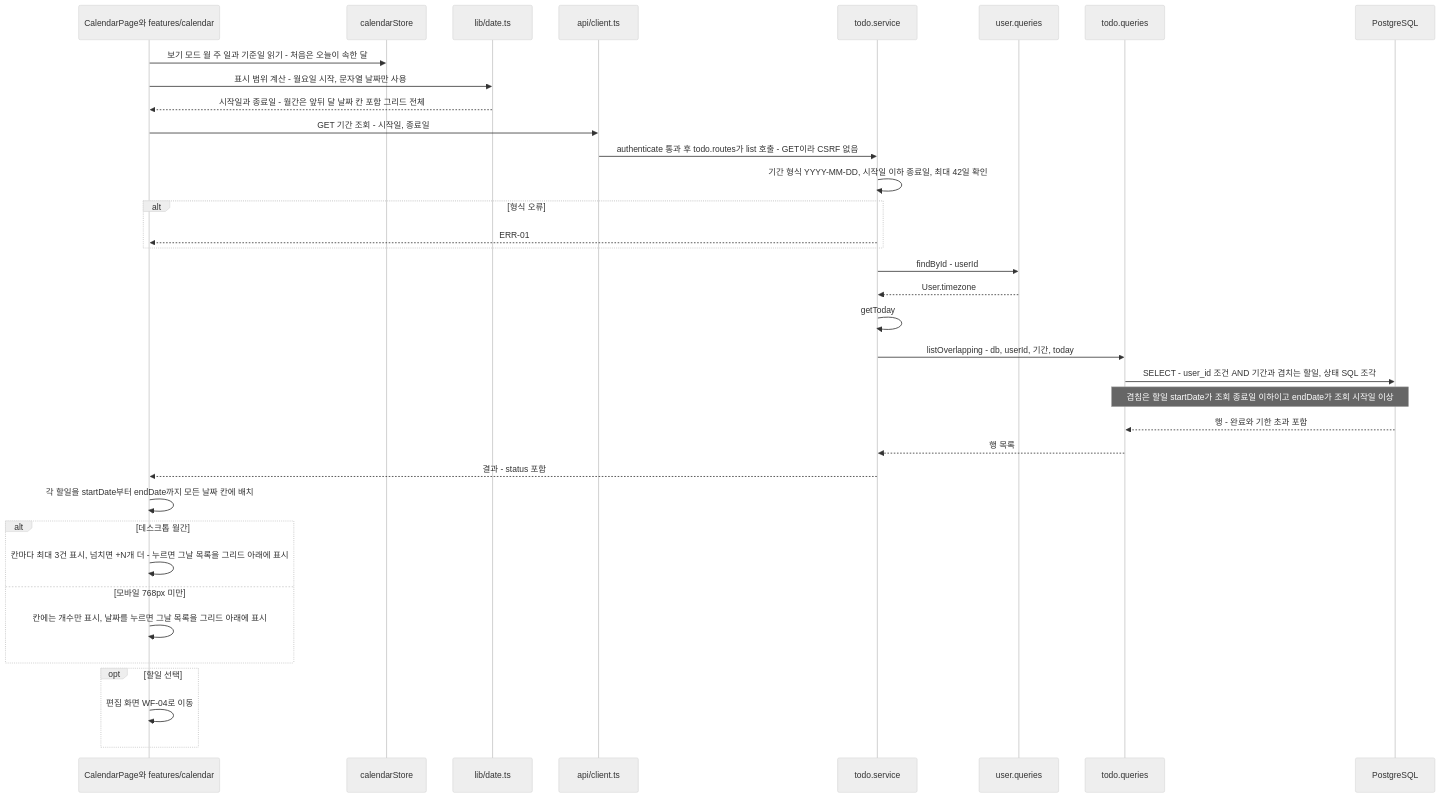
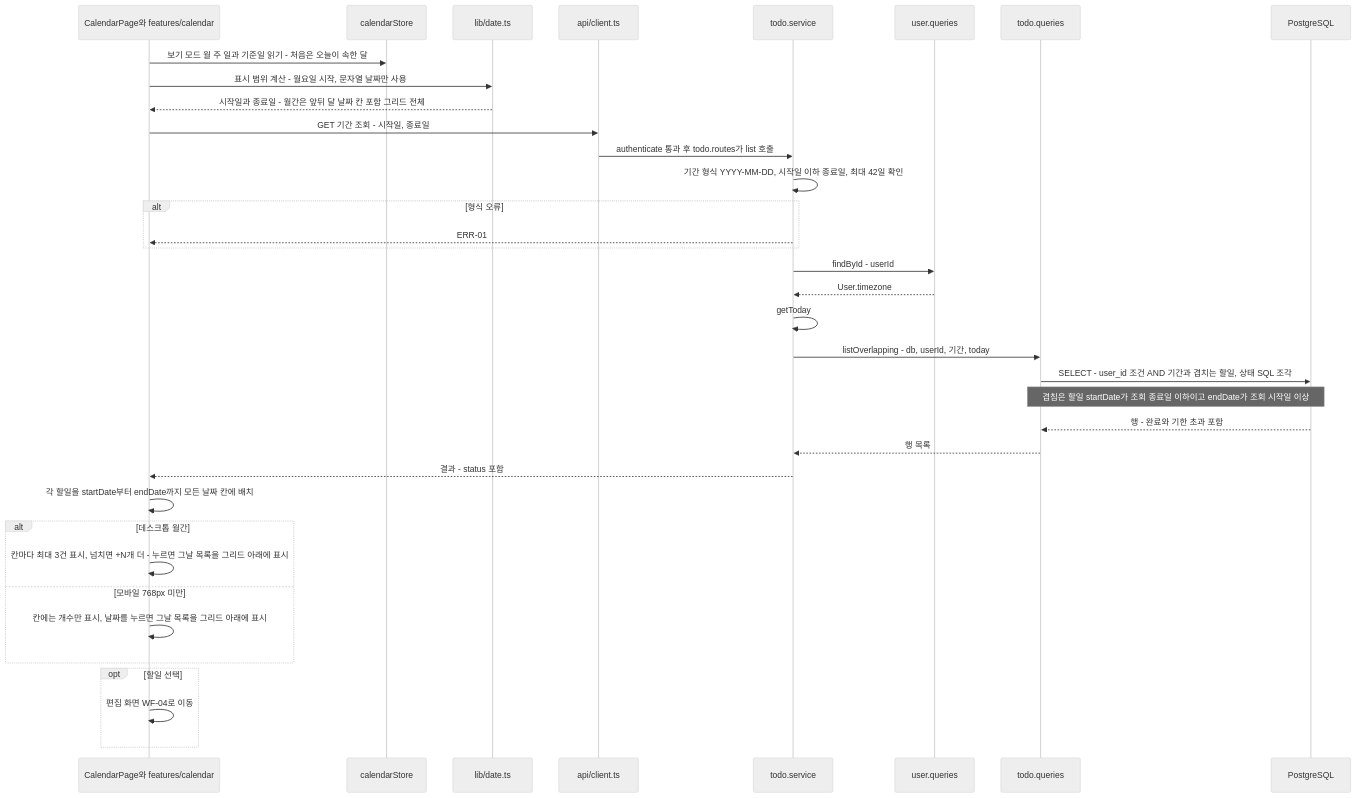
Before and after one commit to Palbok-Kim/todolist-app: the tenth of 13 diagrams in docs/6-arch-diagram.md, drawn with Mermaid (neutral theme). The commit also changed other lines of this file and 42 other files, not shown here.

First line of the commit message:
refactor: CSRF 방어 제거, ERD·schema.sql 표기 일치화

````diff
--- a/docs/6-arch-diagram.md
+++ b/docs/6-arch-diagram.md
@@ -574,39 +557,39 @@
 ```mermaid
 sequenceDiagram
     participant UI as CalendarPage와 features/calendar
     participant ST as calendarStore
     participant DT as lib/date.ts
     participant CL as api/client.ts
     participant SV as todo.service
     participant UQ as user.queries
     participant TQ as todo.queries
     participant DB as PostgreSQL
 
     UI->>ST: 보기 모드 월 주 일과 기준일 읽기 - 처음은 오늘이 속한 달
     UI->>DT: 표시 범위 계산 - 월요일 시작, 문자열 날짜만 사용
     DT-->>UI: 시작일과 종료일 - 월간은 앞뒤 달 날짜 칸 포함 그리드 전체
     UI->>CL: GET 기간 조회 - 시작일, 종료일
-    CL->>SV: authenticate 통과 후 todo.routes가 list 호출 - GET이라 CSRF 없음
+    CL->>SV: authenticate 통과 후 todo.routes가 list 호출
     SV->>SV: 기간 형식 YYYY-MM-DD, 시작일 이하 종료일, 최대 42일 확인
     alt 형식 오류
         SV-->>UI: ERR-01
     end
     SV->>UQ: findById - userId
     UQ-->>SV: User.timezone
     SV->>SV: getToday
     SV->>TQ: listOverlapping - db, userId, 기간, today
     TQ->>DB: SELECT - user_id 조건 AND 기간과 겹치는 할일, 상태 SQL 조각
     Note over TQ,DB: 겹침은 할일 startDate가 조회 종료일 이하이고 endDate가 조회 시작일 이상
     DB-->>TQ: 행 - 완료와 기한 초과 포함
     TQ-->>SV: 행 목록
     SV-->>UI: 결과 - status 포함
     UI->>UI: 각 할일을 startDate부터 endDate까지 모든 날짜 칸에 배치
     alt 데스크톱 월간
         UI->>UI: 칸마다 최대 3건 표시, 넘치면 +N개 더 - 누르면 그날 목록을 그리드 아래에 표시
     else 모바일 768px 미만
         UI->>UI: 칸에는 개수만 표시, 날짜를 누르면 그날 목록을 그리드 아래에 표시
     end
     opt 할일 선택
         UI->>UI: 편집 화면 WF-04로 이동
     end
 ```
````
